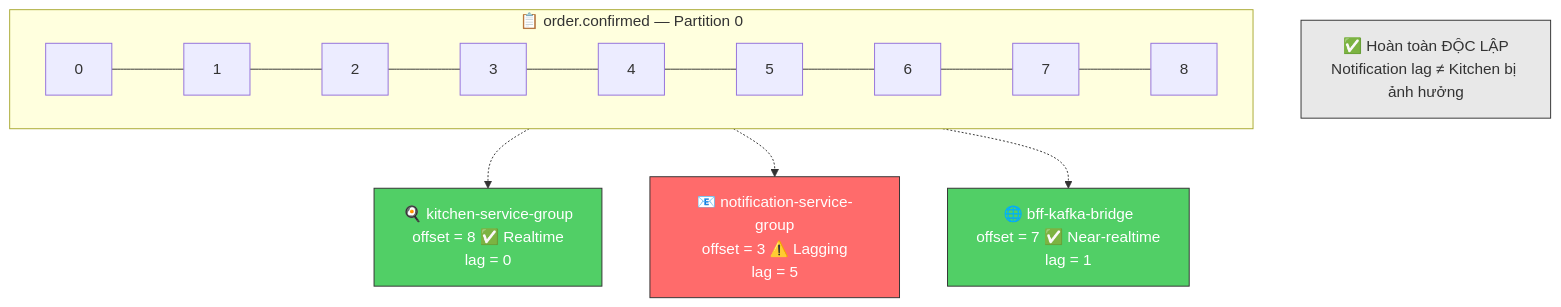
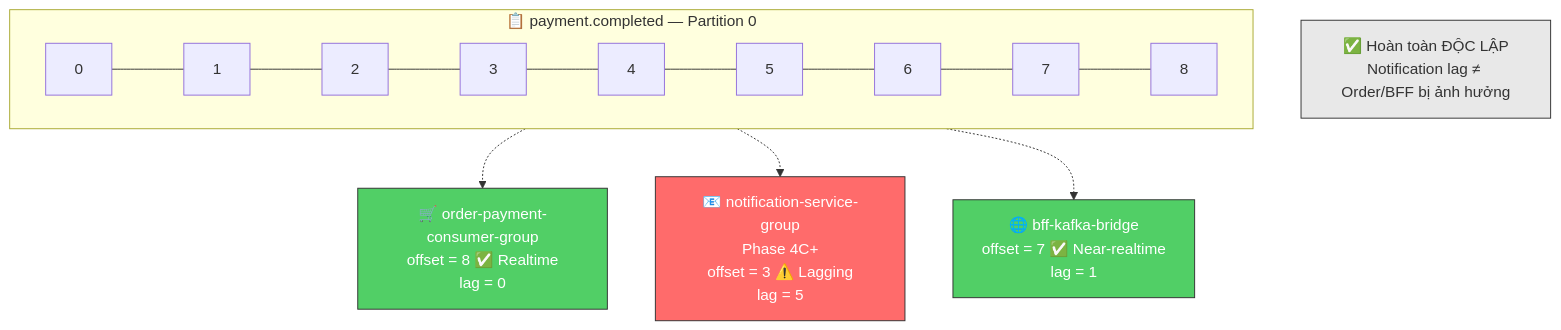
One commit to quan-vo-dinh/saas-pos-microservices-qrtable changed diagram 35 of 38 in docs/guides/kafka-qrtable.md. Above: the diagram before and after it, drawn with Mermaid. The commit also changed other lines of this file and 10 other files, not shown here.

````diff
--- a/docs/guides/kafka-qrtable.md
+++ b/docs/guides/kafka-qrtable.md
@@ -1656,22 +1655,22 @@
 ```mermaid
 graph TB
-    subgraph LOG["📋 order.confirmed — Partition 0"]
+    subgraph LOG["📋 payment.completed — Partition 0"]
         direction LR
         M0["0"] --- M1["1"] --- M2["2"] --- M3["3"] --- M4["4"] --- M5["5"] --- M6["6"] --- M7["7"] --- M8["8"]
     end
 
-    G1["🍳 kitchen-service-group<br/>offset = 8 ✅ Realtime<br/>lag = 0"]
-    G2["📧 notification-service-group<br/>offset = 3 ⚠️ Lagging<br/>lag = 5"]
+    G1["🛒 order-payment-consumer-group<br/>offset = 8 ✅ Realtime<br/>lag = 0"]
+    G2["📧 notification-service-group<br/>Phase 4C+<br/>offset = 3 ⚠️ Lagging<br/>lag = 5"]
     G3["🌐 bff-kafka-bridge<br/>offset = 7 ✅ Near-realtime<br/>lag = 1"]
 
     M8 -.-> G1
     M3 -.-> G2
     M7 -.-> G3
 
-    INDEPENDENT["✅ Hoàn toàn ĐỘC LẬP<br/>Notification lag ≠ Kitchen bị ảnh hưởng"]
+    INDEPENDENT["✅ Hoàn toàn ĐỘC LẬP<br/>Notification lag ≠ Order/BFF bị ảnh hưởng"]
 
     style G1 fill:#51cf66,stroke:#333,color:#fff
     style G2 fill:#ff6b6b,stroke:#333,color:#fff
     style G3 fill:#51cf66,stroke:#333,color:#fff
     style INDEPENDENT fill:#e8e8e8,stroke:#333
 ```
````
